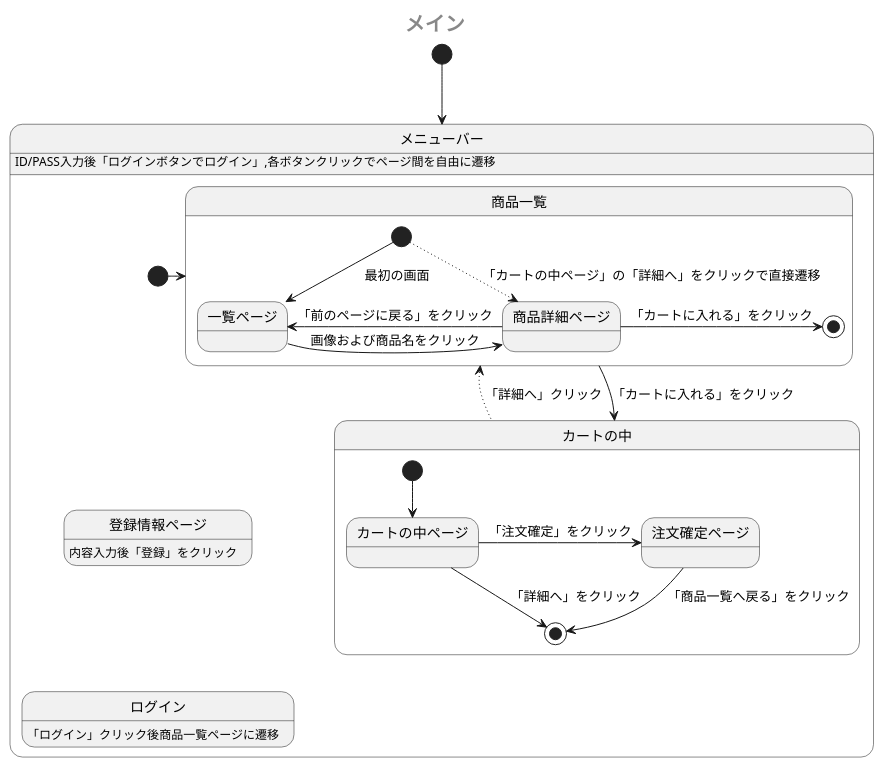
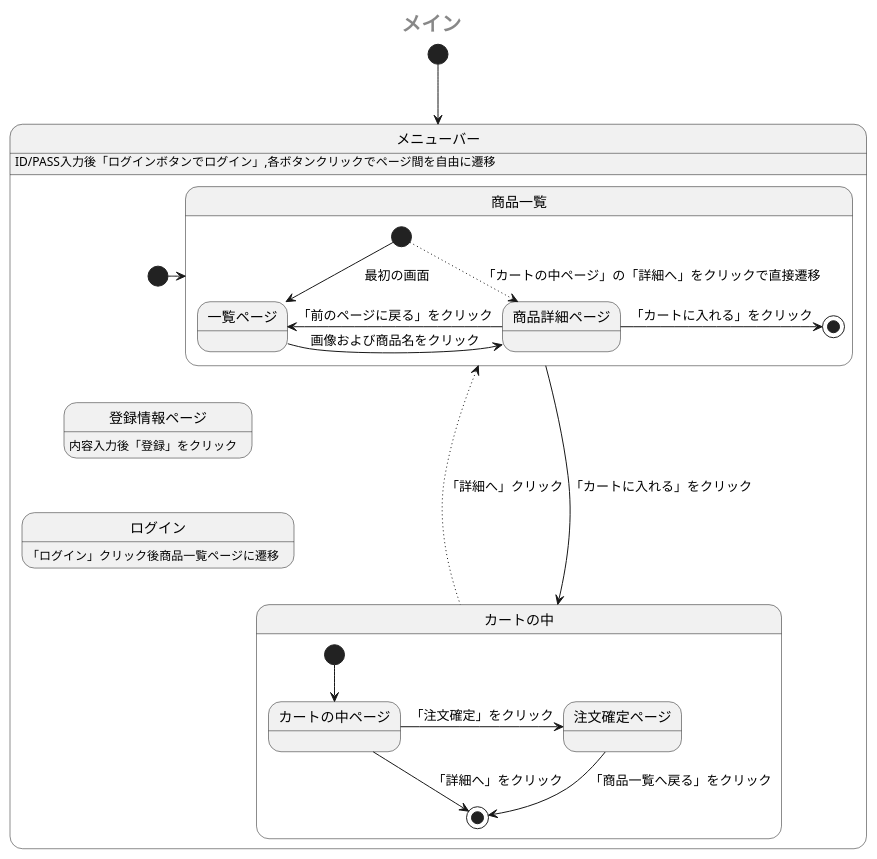
One commit to Aso2001385/2021sys-design changed the diagram in sample/StateMachine.md. Above: the diagram before and after it, drawn with PlantUML.

````diff
--- a/sample/StateMachine.md
+++ b/sample/StateMachine.md
@@ -1,32 +1,32 @@
 ```uml
 @startuml
  center header <size:20><b>メイン</b></size>
  [*] --> メニューバー
  state メニューバー {
    メニューバー: ID/PASS入力後「ログインボタンでログイン」,各ボタンクリックでページ間を自由に遷移
    [*] -> 商品一覧
    state 商品一覧 {
     [*] --> 一覧ページ:　最初の画面
     [*] -[dotted]-> 商品詳細ページ: 「カートの中ページ」の「詳細へ」をクリックで直接遷移
     一覧ページ -right-> 商品詳細ページ: 画像および商品名をクリック
     商品詳細ページ -left-> 一覧ページ: 「前のページに戻る」をクリック
     商品詳細ページ -right-> [*]: 「カートに入れる」をクリック
     
    }
-   商品一覧 --> カートの中:「カートに入れる」をクリック
+   商品一覧 ----> カートの中:「カートに入れる」をクリック
    state カートの中 {
     [*] --> カートの中ページ
     カートの中ページ --> [*]:「詳細へ」をクリック
     カートの中ページ -> 注文確定ページ:「注文確定」をクリック 
     注文確定ページ --> [*]: 「商品一覧へ戻る」をクリック
    }
    カートの中 -up[dotted]-> 商品一覧:「詳細へ」クリック
   
    [*] -down[hidden]-> 登録情報ページ
    登録情報ページ:内容入力後「登録」をクリック
    登録情報ページ -[hidden]-> ログイン
    ログイン:「ログイン」クリック後商品一覧ページに遷移
  }
  
 @enduml
 ```
````
